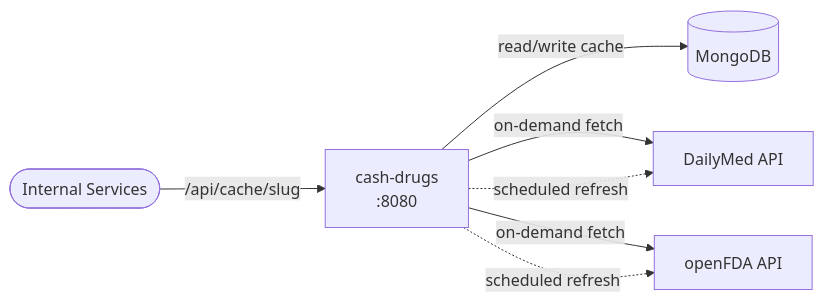
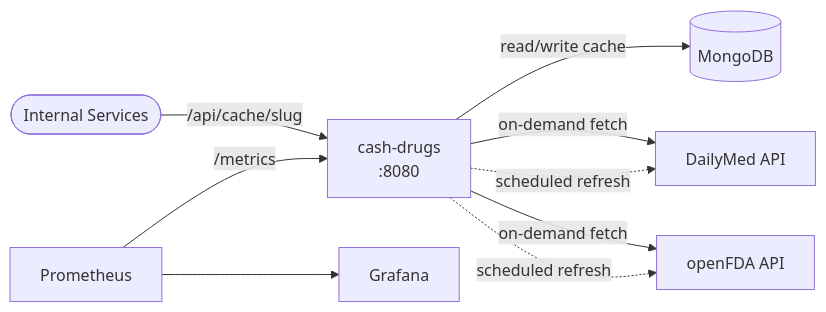
Before and after one commit to finish06/cash-drugs: the first of 4 diagrams in README.md, drawn with Mermaid. The commit also changed other lines of this file and 2 other files, not shown here.

First line of the commit message:
docs: add Prometheus setup guide, update README and diagrams

````diff
--- a/README.md
+++ b/README.md
@@ -275,15 +295,19 @@
 ```mermaid
 graph LR
     Svc([Internal Services])
     CD[cash-drugs<br/>:8080]
     DB[(MongoDB)]
     DM[DailyMed API]
     FDA[openFDA API]
+    Prom[Prometheus]
+    Graf[Grafana]
 
     Svc -->|/api/cache/slug| CD
     CD -->|read/write cache| DB
     CD -->|on-demand fetch| DM
     CD -->|on-demand fetch| FDA
     CD -.->|scheduled refresh| DM
     CD -.->|scheduled refresh| FDA
+    Prom -->|/metrics| CD
+    Prom --> Graf
 ```
````
